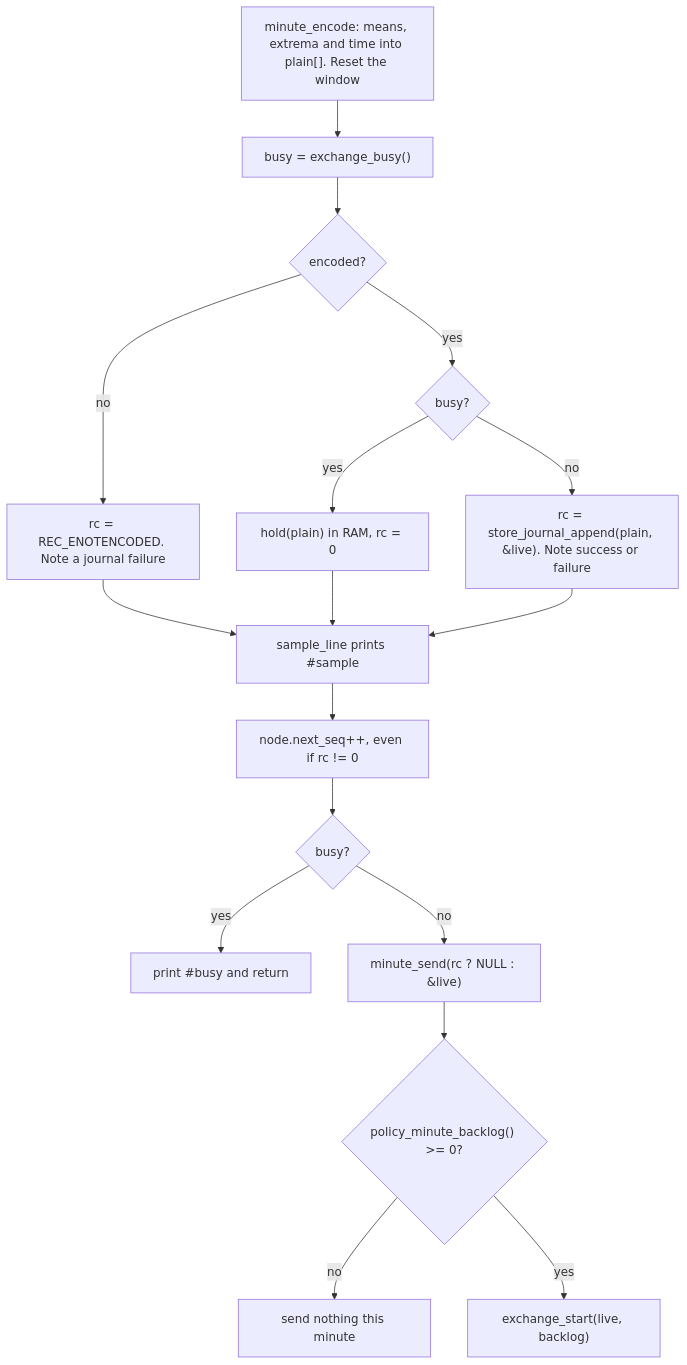
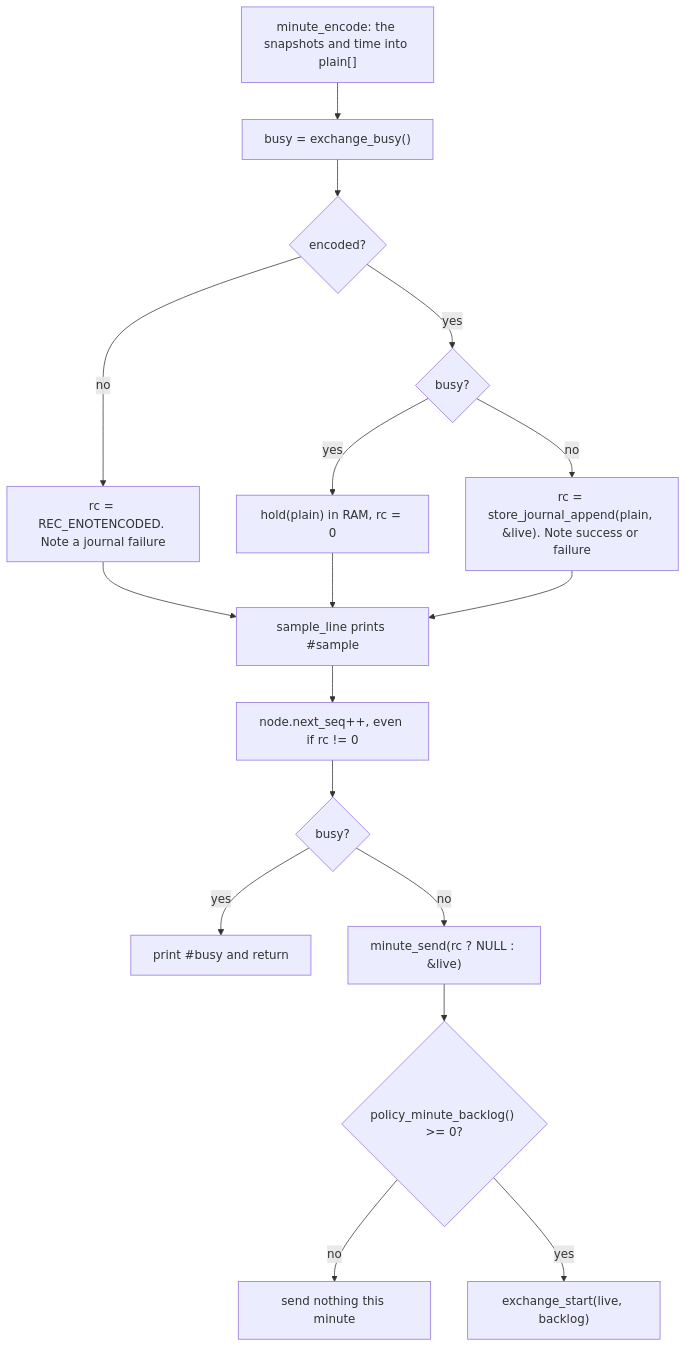
Before and after one commit to clintecker/weather-station-2026: the third of 4 diagrams in firmware/stage0-node/App/app_tx.lit.md, drawn with Mermaid. The commit also changed other lines of this file and 32 other files, not shown here.

````diff
--- a/firmware/stage0-node/App/app_tx.lit.md
+++ b/firmware/stage0-node/App/app_tx.lit.md
@@ -312,19 +295,19 @@
 ```mermaid
 flowchart TD
-  E["minute_encode: means, extrema and time into plain[]. Reset the window"] --> B["busy = exchange_busy()"]
+  E["minute_encode: the snapshots and time into plain[]"] --> B["busy = exchange_busy()"]
   B --> J{"encoded?"}
   J -- no --> RCE["rc = REC_ENOTENCODED. Note a journal failure"]
   J -- yes --> H{"busy?"}
   H -- yes --> HOLD["hold(plain) in RAM, rc = 0"]
   H -- no --> APP["rc = store_journal_append(plain, &live). Note success or failure"]
   RCE --> L["sample_line prints #sample"]
   HOLD --> L
   APP --> L
   L --> SEQ["node.next_seq++, even if rc != 0"]
   SEQ --> B2{"busy?"}
   B2 -- yes --> BUSY["print #busy and return"]
   B2 -- no --> MS["minute_send(rc ? NULL : &live)"]
   MS --> PB{"policy_minute_backlog() >= 0?"}
   PB -- no --> NONE["send nothing this minute"]
   PB -- yes --> X["exchange_start(live, backlog)"]
 ```
````
